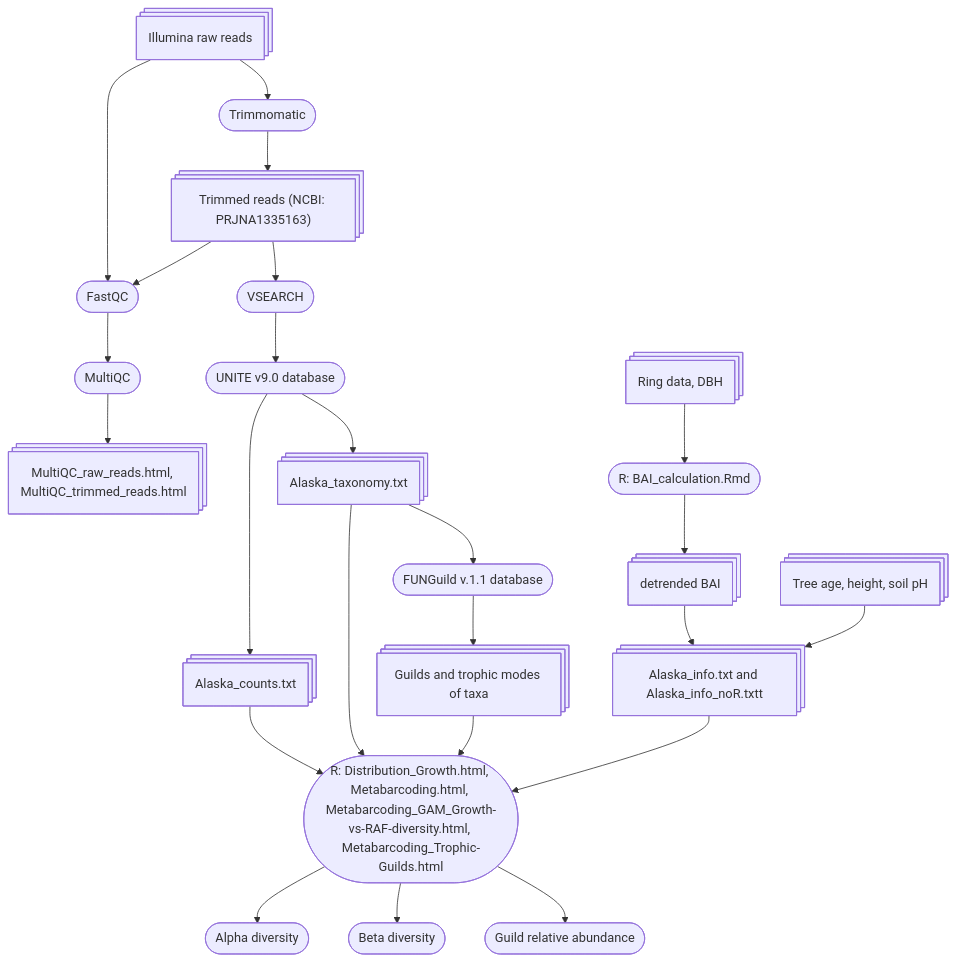
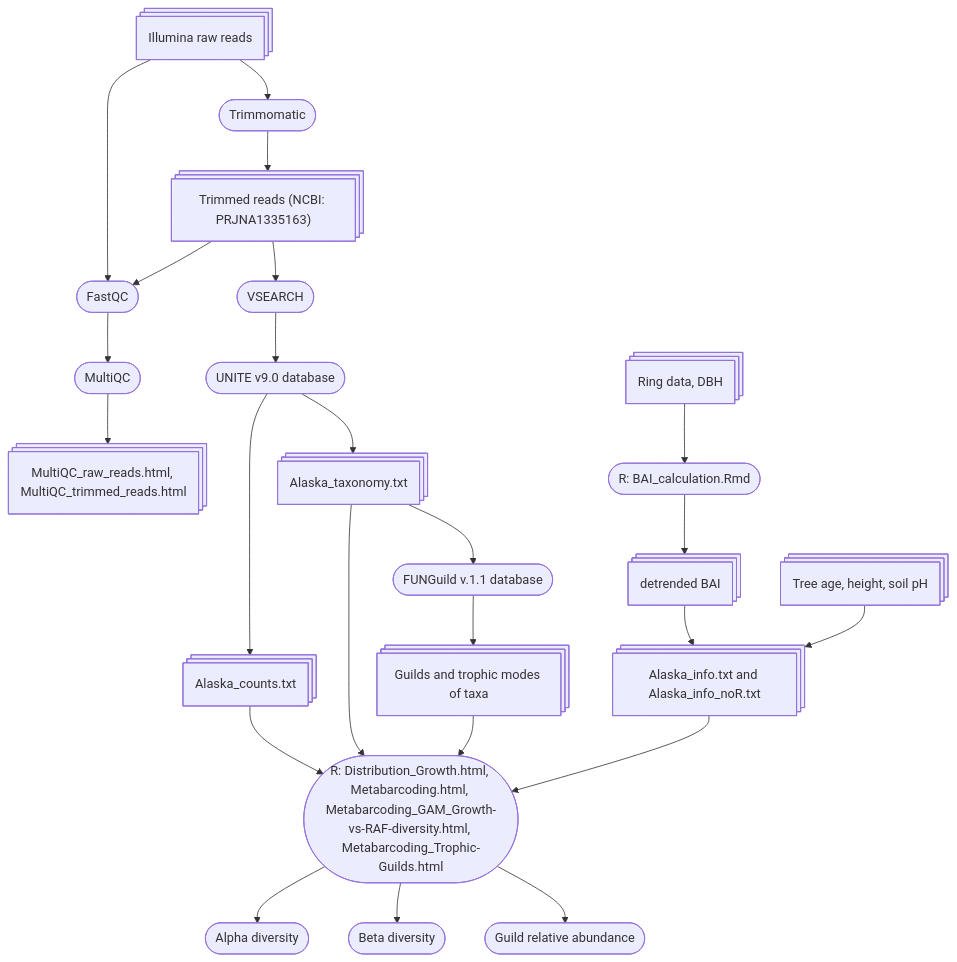
Before and after one commit to kuprinak/Picea_glauca_ITS2: the diagram in README.md, drawn with Mermaid.

````diff
--- a/README.md
+++ b/README.md
@@ -10,24 +10,24 @@
 ```mermaid
 flowchart TB
 
  A@{shape: procs, label: "Illumina raw reads"} --> B([Trimmomatic]);
     A --> Fa;
     Fa --> Mu([MultiQC]);
     B --> C@{shape: procs, label: "Trimmed reads (NCBI: PRJNA1335163)"};
     C --> Fa([FastQC]);
     Mu --> Mur@{shape: procs, label: "MultiQC_raw_reads.html, MultiQC_trimmed_reads.html"}; 
     C --> V([VSEARCH]);
     V --> T([UNITE v9.0 database]);
     T --> CV@{shape: procs, label: "Alaska_counts.txt"} --> R([R: Distribution_Growth.html, Metabarcoding.html, Metabarcoding_GAM_Growth-vs-RAF-diversity.html, Metabarcoding_Trophic-Guilds.html])
     T --> Ta@{shape: procs, label: "Alaska_taxonomy.txt"} --> R
     Ta --> F([FUNGuild v.1.1 database]);
     F --> Gu@{shape: procs, label: "Guilds and trophic modes of taxa"} --> R
     R --> alpha([Alpha diversity])
     R --> beta([Beta diversity])
     R --> Guild([Guild relative abundance])
 
 
-Tree_data@{shape: procs, label: "Ring data, DBH"} --> R1([R: BAI_calculation.Rmd]) --> BAI@{shape: procs, label: "detrended BAI"} --> Sam_inf@{shape: procs, label: "Alaska_info.txt and Alaska_info_noR.txtt"} --> R
+Tree_data@{shape: procs, label: "Ring data, DBH"} --> R1([R: BAI_calculation.Rmd]) --> BAI@{shape: procs, label: "detrended BAI"} --> Sam_inf@{shape: procs, label: "Alaska_info.txt and Alaska_info_noR.txt"} --> R
 Data@{shape: procs, label: "Tree age, height, soil pH"}   --> Sam_inf
 
 ```
````
